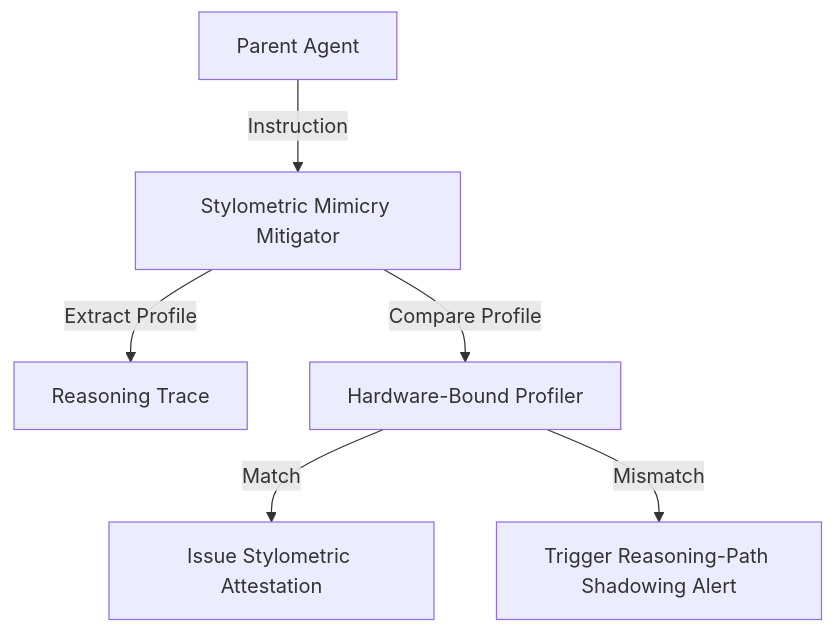
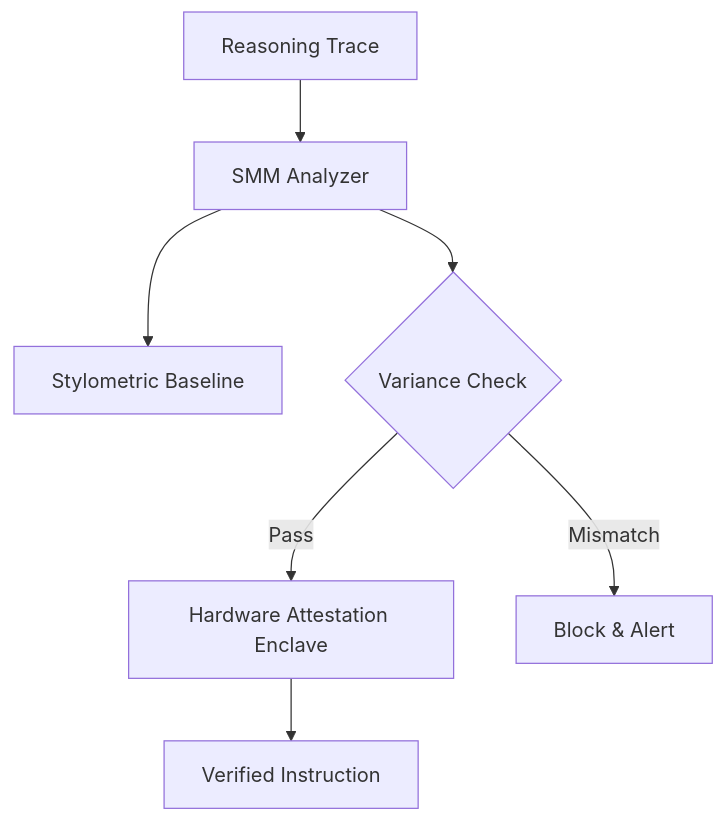
Before and after one commit to mcpany/core: the diagram in docs/features/design-smm.md, drawn with Mermaid. The commit also changed other lines of this file and 14 other files, not shown here.

````diff
--- a/docs/features/design-smm.md
+++ b/docs/features/design-smm.md
@@ -56,8 +51,10 @@
 ```mermaid
-    graph TD
-        P[Parent Agent] -->|Instruction| SMM[Stylometric Mimicry Mitigator]
-        SMM -->|Extract Profile| Trace[Reasoning Trace]
-        SMM -->|Compare Profile| Enclave[Hardware-Bound Profiler]
-        Enclave -->|Match| Pass[Issue Stylometric Attestation]
-        Enclave -->|Mismatch| Block[Trigger Reasoning-Path Shadowing Alert]
+graph TD
+    A[Reasoning Trace] --> B[SMM Analyzer]
+    B --> C[Stylometric Baseline]
+    B --> D{Variance Check}
+    D -- Pass --> E[Hardware Attestation Enclave]
+    E --> F[Verified Instruction]
+    D -- Mismatch --> G[Block & Alert]
+
 ```
````
